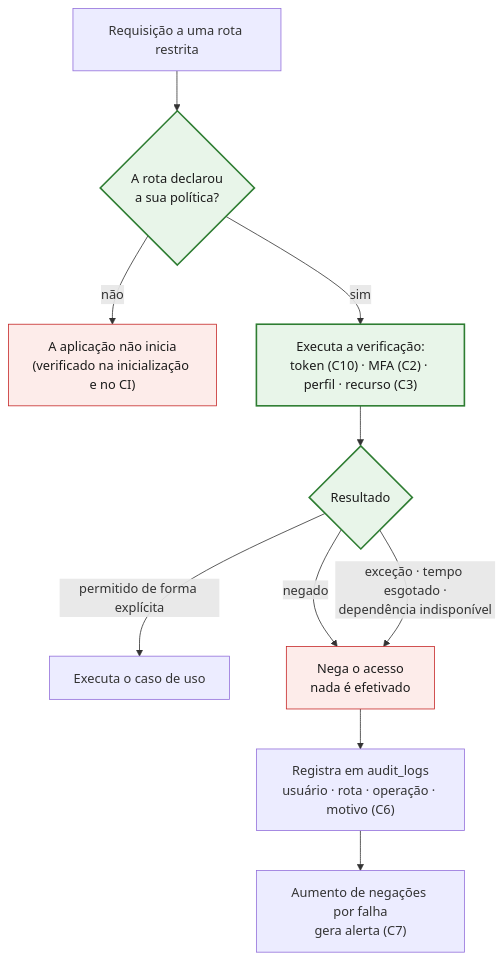
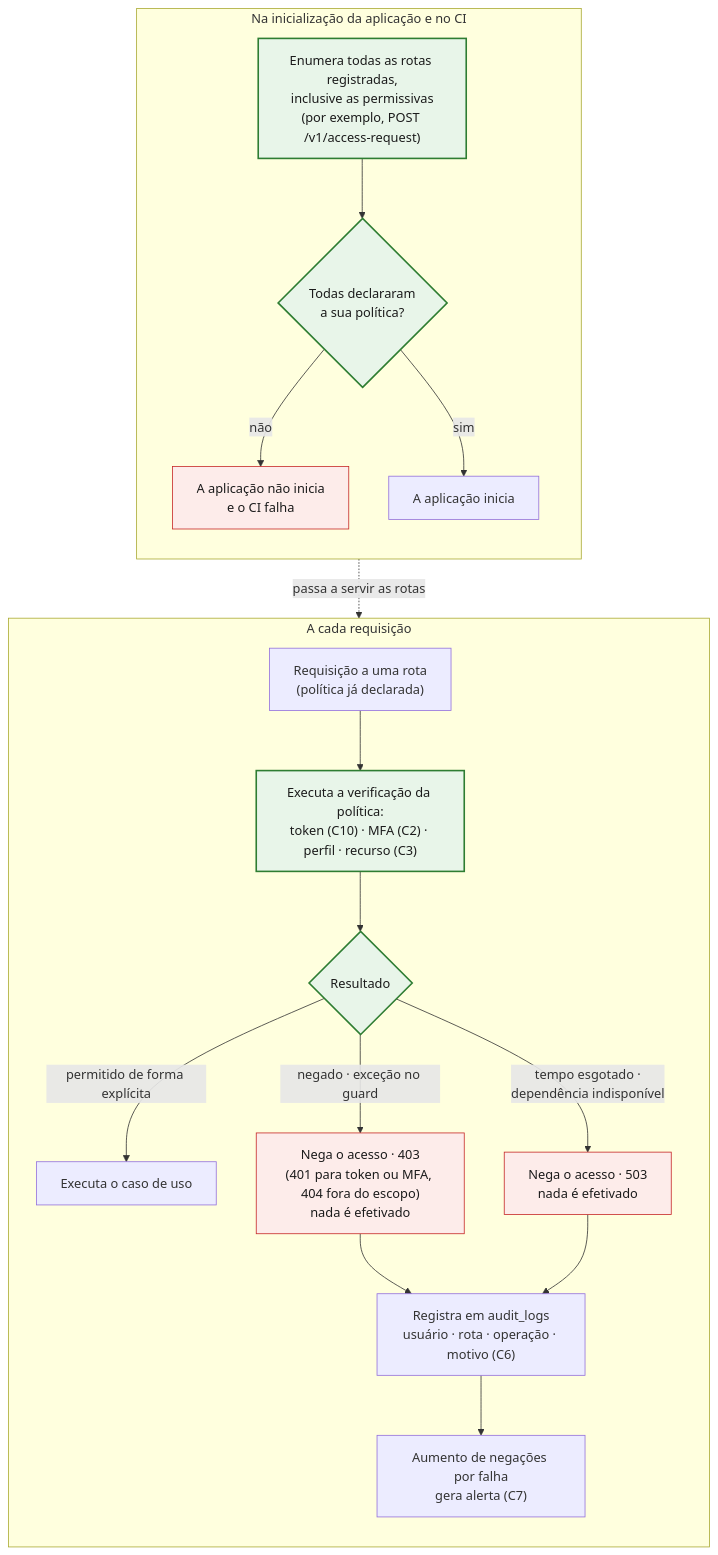
Before and after one commit to MarlonBrendonx/secure-software-engineering-project: the seventh of 9 diagrams in docs/etapa-3/etapa-3-diagrama.md, drawn with Mermaid. The commit also changed other lines of this file and 4 other files, not shown here.

First line of the commit message:
Etapa 3: corrige inconsistências entre requisitos, decisões e diagrama

````diff
--- a/docs/etapa-3/etapa-3-diagrama.md
+++ b/docs/etapa-3/etapa-3-diagrama.md
@@ -292,17 +309,28 @@
 ```mermaid
 flowchart TD
-    REQ["Requisição a uma rota restrita"] --> POL{"A rota declarou<br/>a sua política?"}
-    POL -- "não" --> BOOT["A aplicação não inicia<br/>(verificado na inicialização e no CI)"]
-    POL -- "sim" --> CHK["Executa a verificação:<br/>token (C10) · MFA (C2) · perfil · recurso (C3)"]
-    CHK --> RES{"Resultado"}
-    RES -- "permitido de forma explícita" --> OK["Executa o caso de uso"]
-    RES -- "negado" --> DENY["Nega o acesso<br/>nada é efetivado"]
-    RES -- "exceção · tempo esgotado ·<br/>dependência indisponível" --> DENY
-    DENY --> LOG["Registra em audit_logs<br/>usuário · rota · operação · motivo (C6)"]
-    LOG --> ALERT["Aumento de negações por falha<br/>gera alerta (C7)"]
+    subgraph INIT["Na inicialização da aplicação e no CI"]
+        direction TB
+        ENUM["Enumera todas as rotas registradas,<br/>inclusive as permissivas<br/>(por exemplo, POST /v1/access-request)"] --> POL{"Todas declararam<br/>a sua política?"}
+        POL -- "não" --> BOOT["A aplicação não inicia<br/>e o CI falha"]
+        POL -- "sim" --> UP["A aplicação inicia"]
+    end
+
+    subgraph PERREQ["A cada requisição"]
+        direction TB
+        REQ["Requisição a uma rota<br/>(política já declarada)"] --> CHK["Executa a verificação da política:<br/>token (C10) · MFA (C2) · perfil · recurso (C3)"]
+        CHK --> RES{"Resultado"}
+        RES -- "permitido de forma explícita" --> OK["Executa o caso de uso"]
+        RES -- "negado · exceção no guard" --> DENY["Nega o acesso · 403<br/>(401 para token ou MFA, 404 fora do escopo)<br/>nada é efetivado"]
+        RES -- "tempo esgotado ·<br/>dependência indisponível" --> UNAV["Nega o acesso · 503<br/>nada é efetivado"]
+        DENY --> LOG["Registra em audit_logs<br/>usuário · rota · operação · motivo (C6)"]
+        UNAV --> LOG
+        LOG --> ALERT["Aumento de negações por falha<br/>gera alerta (C7)"]
+    end
+
+    UP -. "passa a servir as rotas" .-> REQ
 
     classDef ctrl fill:#E8F5E9,stroke:#2E7D32,stroke-width:2px,color:#1B1B1B
     classDef deny fill:#FDECEA,stroke:#C62828,color:#1B1B1B
-    class POL,CHK,RES ctrl
-    class DENY,BOOT deny
+    class ENUM,POL,CHK,RES ctrl
+    class DENY,UNAV,BOOT deny
 ```
````
